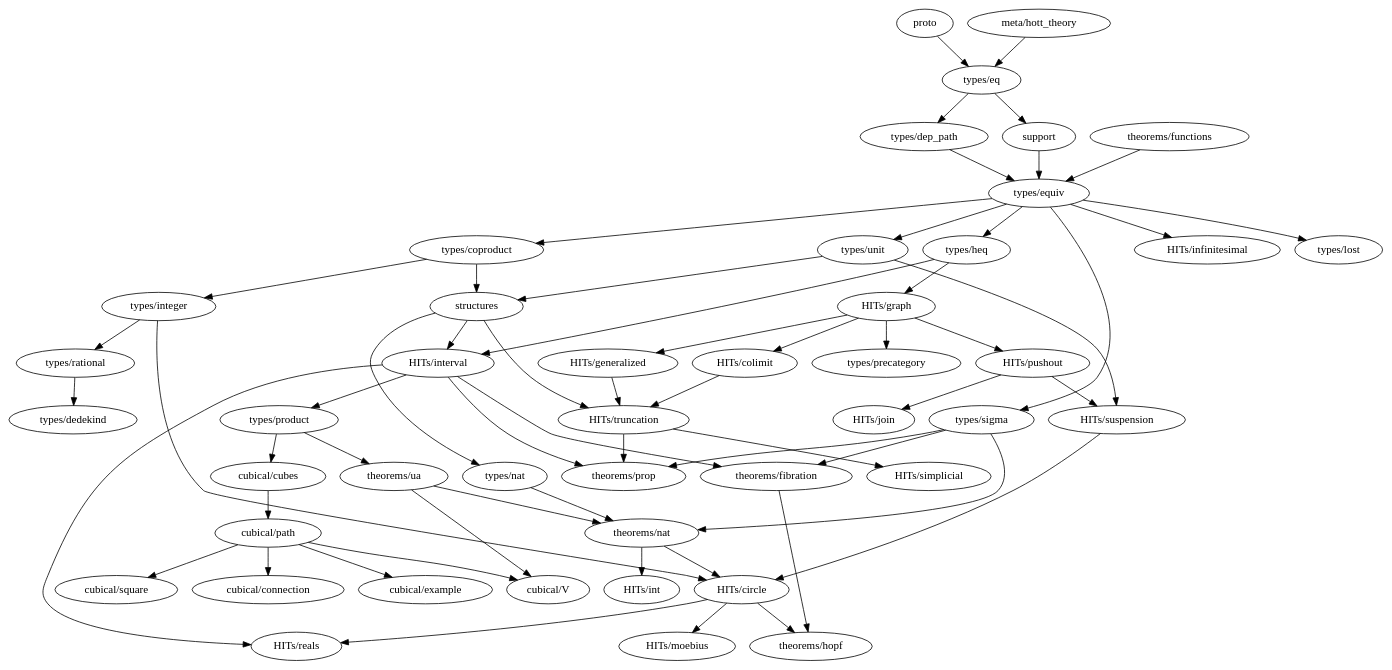
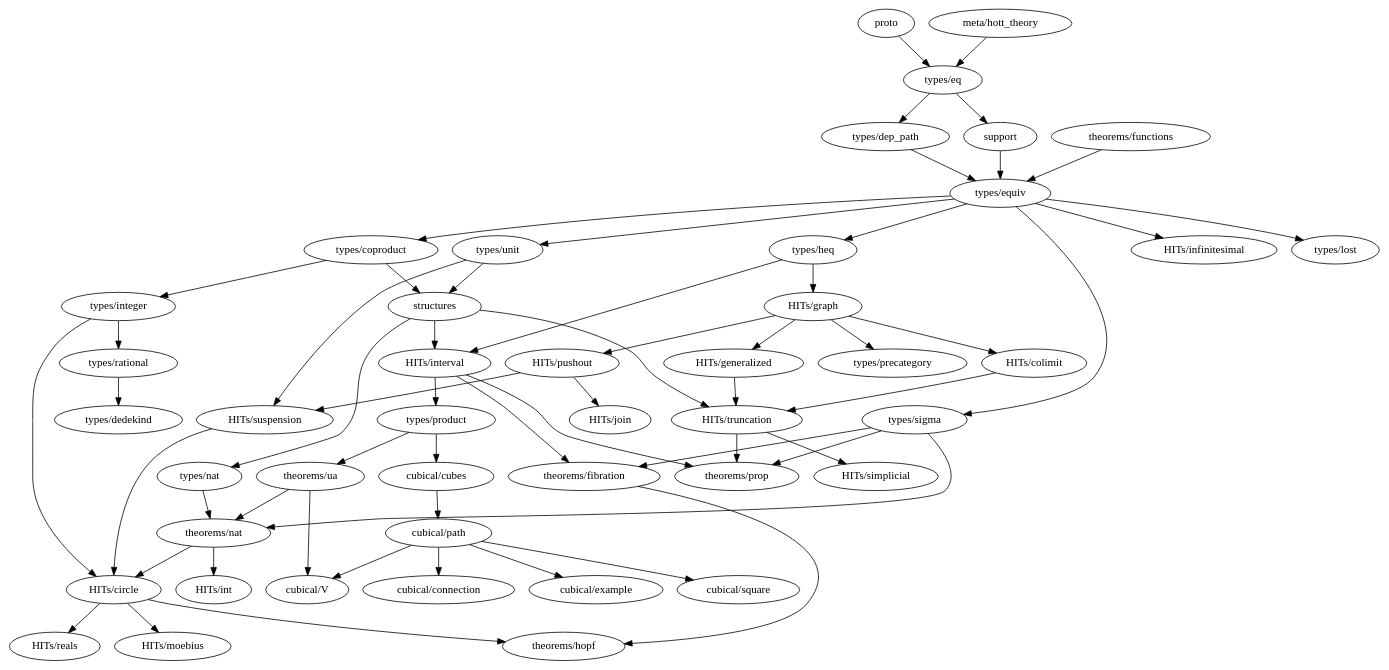
One commit to forked-from-1kasper/ground_zero changed the diagram in dependency_map.gv. Above: the diagram before and after it, drawn with Graphviz. The commit also changed 1 other file, not shown here.

```diff
--- a/dependency_map.gv
+++ b/dependency_map.gv
@@ -1,94 +1,93 @@
 digraph dependency_map {
   proto -> "types/eq"
   "meta/hott_theory" -> "types/eq"
   support -> "types/equiv"
   structures -> {
     "HITs/interval",
     "HITs/truncation",
     "types/nat"
   }
 
   subgraph types {
     "types/coproduct" -> { "types/integer", structures }
     "types/dedekind"
     "types/dep_path" -> "types/equiv"
     "types/eq" -> { "types/dep_path", support }
     "types/equiv" -> {
       "types/heq",
       "HITs/infinitesimal",
       "types/coproduct",
       "types/lost",
       "types/unit",
       "types/sigma"
     }
     "types/heq" -> {
       "HITs/interval",
       "HITs/graph"
     }
     "types/integer" -> {
       "HITs/circle",
       "types/rational"
     }
     "types/lost"
     "types/nat" -> { "theorems/nat" }
     "types/product" -> { "cubical/cubes", "theorems/ua" }
     "types/rational" -> { "types/dedekind" }
     "types/sigma" -> { "theorems/fibration", "theorems/prop", "theorems/nat" }
     "types/unit" -> { structures, "HITs/suspension" }
   }
 
   subgraph HITs {
     "HITs/circle" -> { "theorems/hopf", "HITs/moebius", "HITs/reals" }
     "HITs/colimit" -> "HITs/truncation"
     "HITs/generalized" -> "HITs/truncation"
     "HITs/graph" -> {
       "HITs/colimit",
       "HITs/generalized",
       "HITs/pushout",
       "types/precategory"
     }
     "HITs/infinitesimal"
     "HITs/interval" -> {
-      "HITs/reals",
       "types/product",
       "theorems/prop",
       "theorems/fibration"
     }
     "HITs/join"
     "HITs/moebius"
     "HITs/pushout" -> {
       "HITs/join",
       "HITs/suspension"
     }
     "HITs/reals"
     "HITs/simplicial"
     "HITs/suspension" -> "HITs/circle"
     "HITs/truncation" -> {
       "theorems/prop",
       "HITs/simplicial"
     }
   }
 
   subgraph cubical {
     "cubical/connection"
     "cubical/cubes" -> "cubical/path"
     "cubical/example"
     "cubical/path" -> {
       "cubical/square",
       "cubical/example",
       "cubical/V",
       "cubical/connection"
     }
     "cubical/square"
     "cubical/V"
   }
 
   subgraph theorems {
     "theorems/fibration" -> { "theorems/hopf" }
     "theorems/functions" -> { "types/equiv" }
     "theorems/hopf"
     "theorems/nat" -> { "HITs/circle", "HITs/int" }
     "theorems/prop"
     "theorems/ua" -> { "theorems/nat", "cubical/V" }
   }
 }
```
